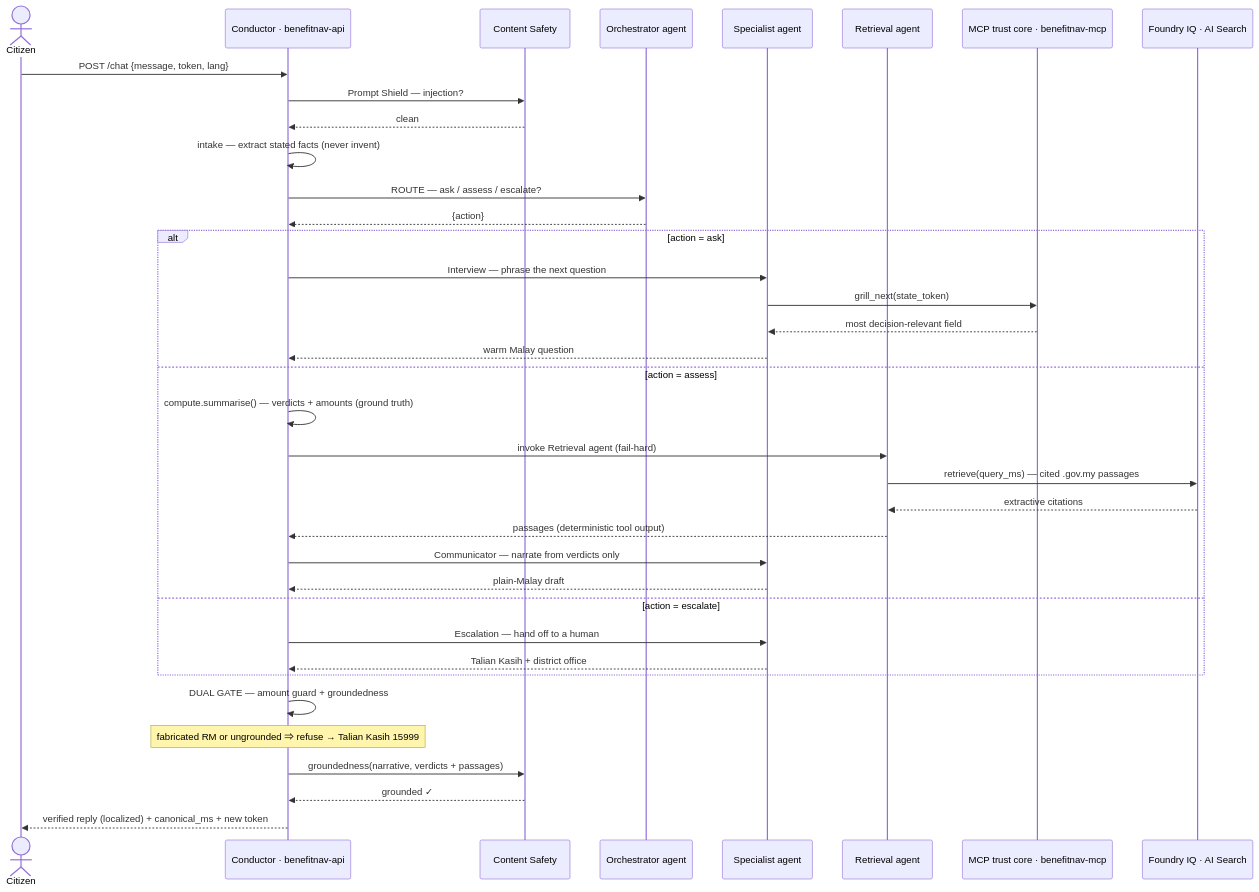
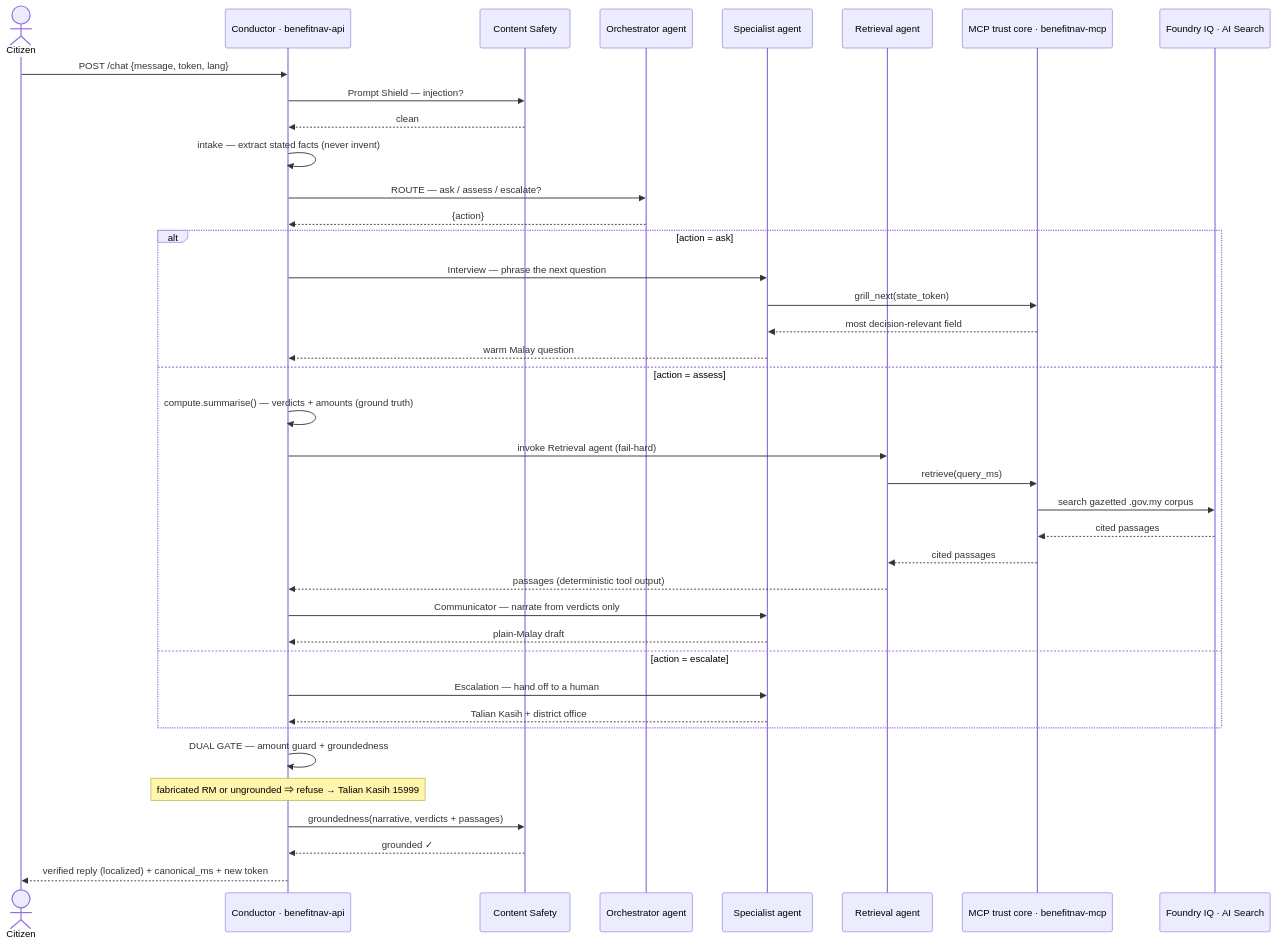
The second of 3 diagrams in docs/ARCHITECTURE.md (jipsy123/BenefitNavigator-MY), drawn with Mermaid before and after one commit. The commit also changed 1 other file, not shown here.

Commit message:
docs: route retrieve through MCP trust core in sequence diagrams (match grill_next convention)

````diff
--- a/docs/ARCHITECTURE.md
+++ b/docs/ARCHITECTURE.md
@@ -98,40 +98,42 @@
 ```mermaid
 sequenceDiagram
     actor C as Citizen
     participant API as Conductor · benefitnav-api
     participant CS as Content Safety
     participant O as Orchestrator agent
     participant S as Specialist agent
     participant RET as Retrieval agent
     participant MCP as MCP trust core · benefitnav-mcp
     participant K as Foundry IQ · AI Search
 
     C->>API: POST /chat {message, token, lang}
     API->>CS: Prompt Shield — injection?
     CS-->>API: clean
     API->>API: intake — extract stated facts (never invent)
     API->>O: ROUTE — ask / assess / escalate?
     O-->>API: {action}
     alt action = ask
         API->>S: Interview — phrase the next question
         S->>MCP: grill_next(state_token)
         MCP-->>S: most decision-relevant field
         S-->>API: warm Malay question
     else action = assess
         API->>API: compute.summarise() — verdicts + amounts (ground truth)
         API->>RET: invoke Retrieval agent (fail-hard)
-        RET->>K: retrieve(query_ms) — cited .gov.my passages
-        K-->>RET: extractive citations
+        RET->>MCP: retrieve(query_ms)
+        MCP->>K: search gazetted .gov.my corpus
+        K-->>MCP: cited passages
+        MCP-->>RET: cited passages
         RET-->>API: passages (deterministic tool output)
         API->>S: Communicator — narrate from verdicts only
         S-->>API: plain-Malay draft
     else action = escalate
         API->>S: Escalation — hand off to a human
         S-->>API: Talian Kasih + district office
     end
     API->>API: DUAL GATE — amount guard + groundedness
     Note over API: fabricated RM or ungrounded ⇒ refuse → Talian Kasih 15999
     API->>CS: groundedness(narrative, verdicts + passages)
     CS-->>API: grounded ✓
     API-->>C: verified reply (localized) + canonical_ms + new token
 ```
````
